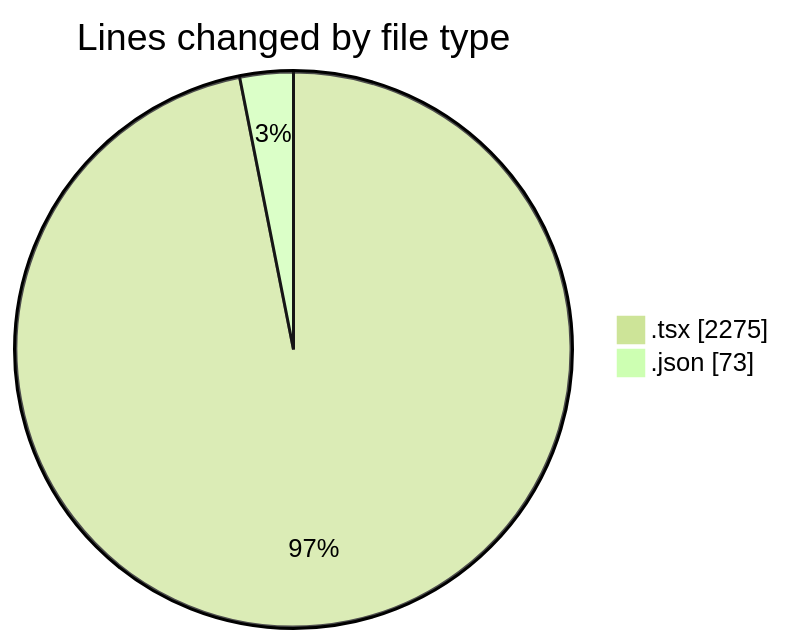
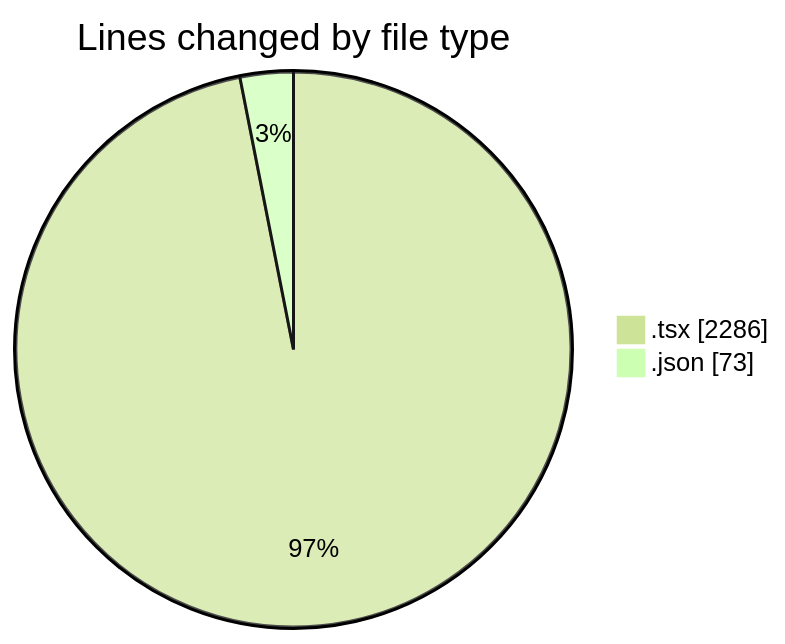
Before and after one commit to momahboobian/code-tracking: the first of 2 diagrams in 2025-10-02/cda/README.md, drawn with Mermaid (forest theme). The commit also changed other lines of this file and 1 other file, not shown here.

````diff
--- a/2025-10-02/cda/README.md
+++ b/2025-10-02/cda/README.md
@@ -23,6 +23,6 @@
 ```mermaid
 pie showData
 title Lines changed by file type
-".tsx" : 2275
+".tsx" : 2286
 ".json" : 73
 ```
````
